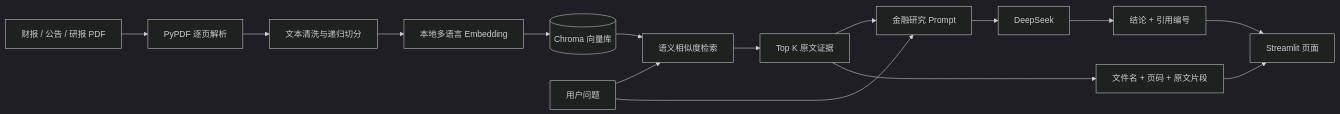
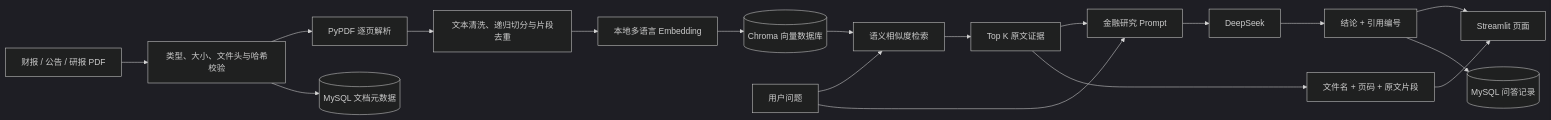
One commit to tiancaiwameng/Finance-RAG-Assistant changed the diagram in README.md. Above: the diagram before and after it, drawn with Mermaid (dark theme). The commit also changed other lines of this file and 12 other files, not shown here.

````diff
--- a/README.md
+++ b/README.md
@@ -20,17 +22,20 @@
 ```mermaid
 flowchart LR
-    A[财报 / 公告 / 研报 PDF] --> B[PyPDF 逐页解析]
-    B --> C[文本清洗与递归切分]
+    A[财报 / 公告 / 研报 PDF] --> V[类型、大小、文件头与哈希校验]
+    V --> B[PyPDF 逐页解析]
+    B --> C[文本清洗、递归切分与片段去重]
     C --> D[本地多语言 Embedding]
-    D --> E[(Chroma 向量库)]
+    D --> E[(Chroma 向量数据库)]
+    V --> M[(MySQL 文档元数据)]
     Q[用户问题] --> F[语义相似度检索]
     E --> F
     F --> G[Top K 原文证据]
     G --> H[金融研究 Prompt]
     Q --> H
     H --> I[DeepSeek]
     I --> J[结论 + 引用编号]
     G --> K[文件名 + 页码 + 原文片段]
     J --> L[Streamlit 页面]
     K --> L
+    J --> N[(MySQL 问答记录)]
 ```
````
